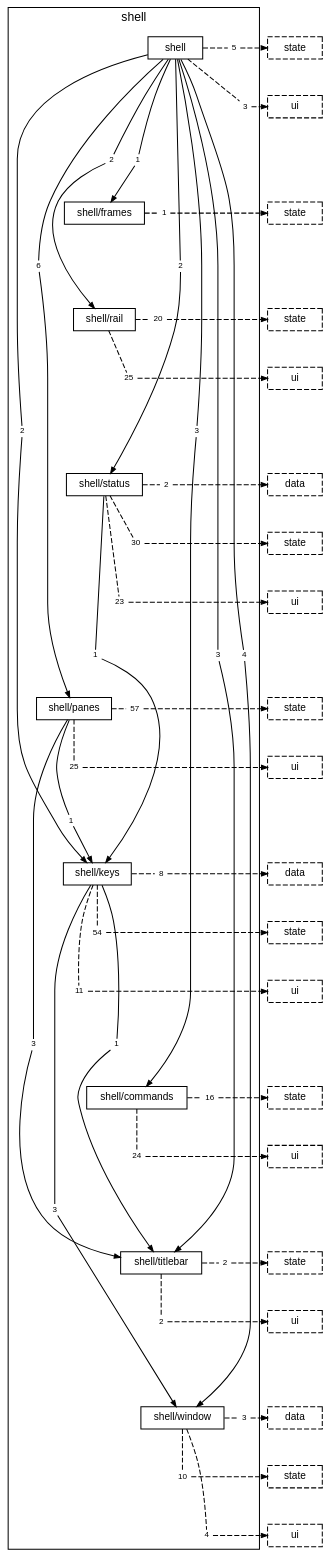
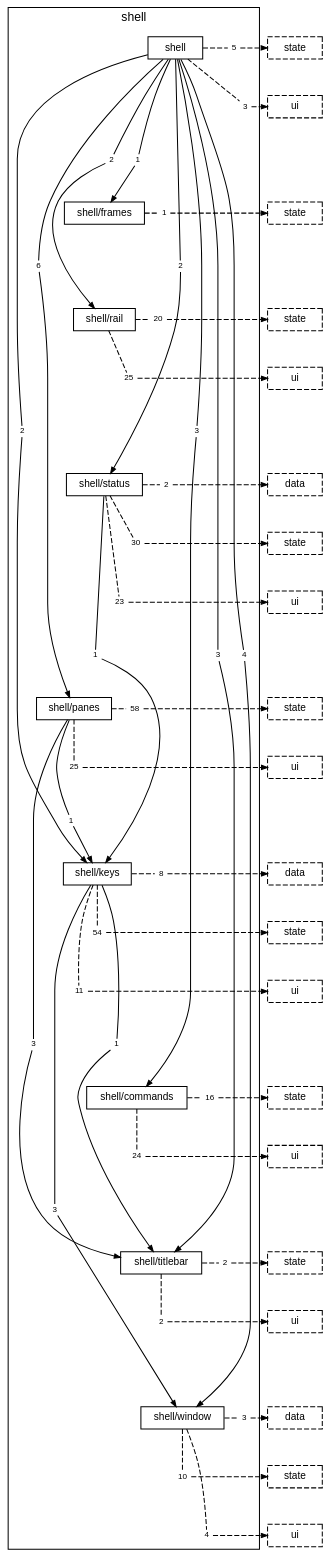
The diagram in docs/diagrams/layer-shell.dot (TheAxeC/oculus), drawn with Graphviz before and after one commit. The commit also changed 35 other files, not shown here.

```diff
--- a/docs/diagrams/layer-shell.dot
+++ b/docs/diagrams/layer-shell.dot
@@ -32,7 +32,7 @@
         "folder shell/status to layer ui" [label="23", shape=box, color="transparent", fontsize=8, width=0, height=0, margin="0.04,0.02"];
         "folder shell/panes to folder shell/keys" [label="1", shape=box, color="transparent", fontsize=8, width=0, height=0, margin="0.04,0.02"];
         "folder shell/panes to folder shell/titlebar" [label="3", shape=box, color="transparent", fontsize=8, width=0, height=0, margin="0.04,0.02"];
-        "folder shell/panes to layer state" [label="57", shape=box, color="transparent", fontsize=8, width=0, height=0, margin="0.04,0.02"];
+        "folder shell/panes to layer state" [label="58", shape=box, color="transparent", fontsize=8, width=0, height=0, margin="0.04,0.02"];
         "folder shell/panes to layer ui" [label="25", shape=box, color="transparent", fontsize=8, width=0, height=0, margin="0.04,0.02"];
         "folder shell/keys to folder shell/titlebar" [label="1", shape=box, color="transparent", fontsize=8, width=0, height=0, margin="0.04,0.02"];
         "folder shell/keys to folder shell/window" [label="3", shape=box, color="transparent", fontsize=8, width=0, height=0, margin="0.04,0.02"];
```
